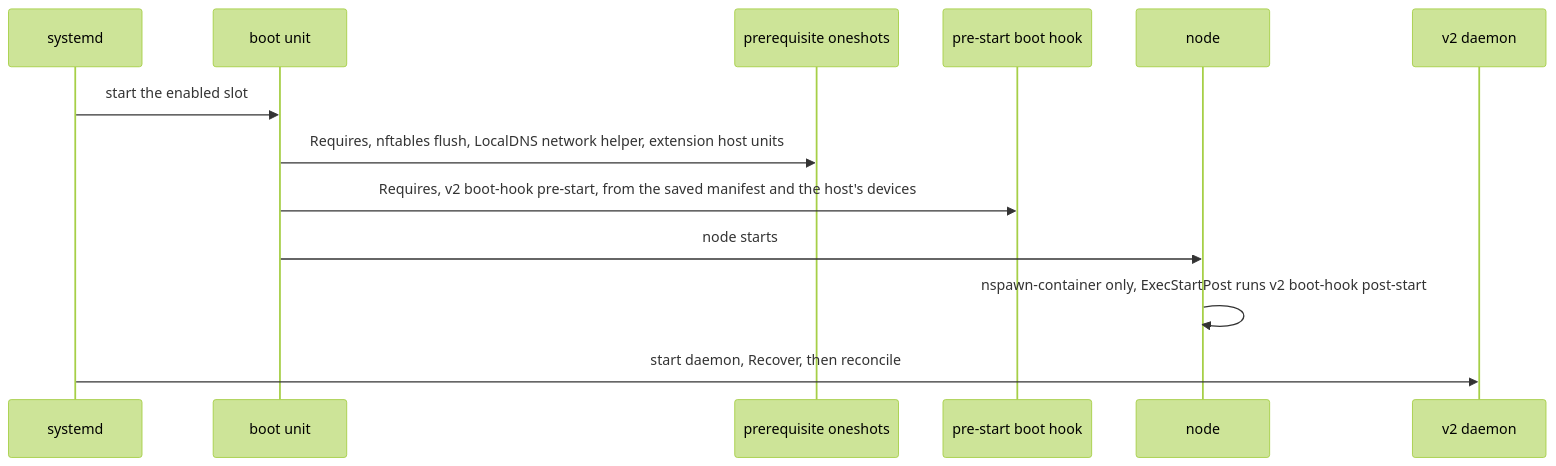
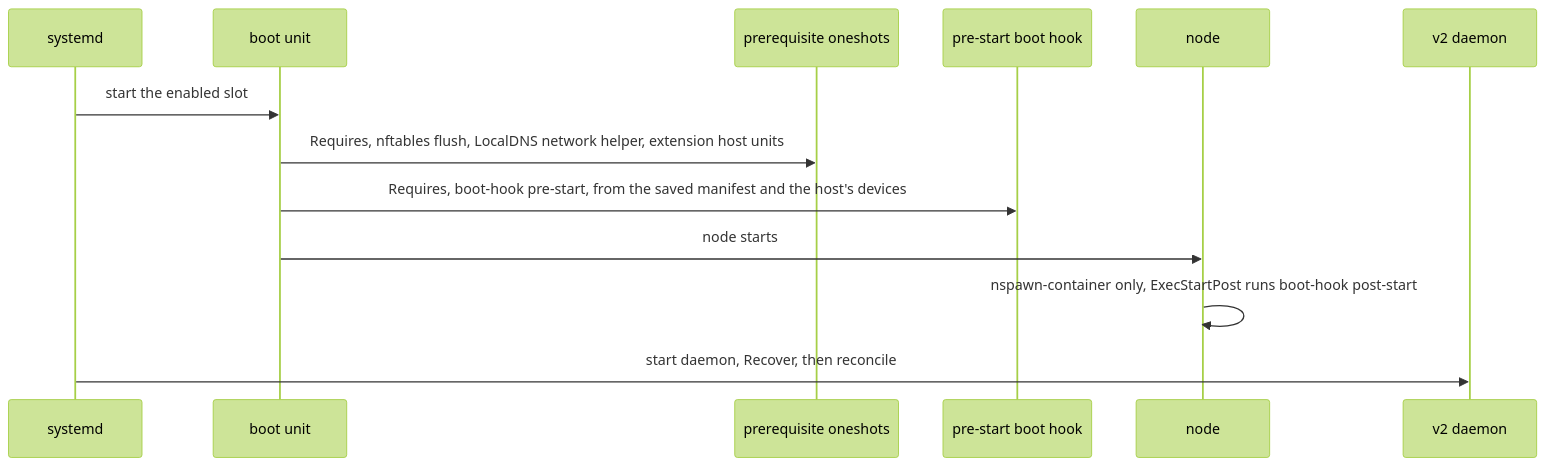
One commit to Azure/unbounded changed the second of 3 diagrams in designs/agent-v2/03-node-runtime.md. Above: the diagram before and after it, drawn with Mermaid (forest theme). The commit also changed 11 other files, not shown here.

````diff
--- a/designs/agent-v2/03-node-runtime.md
+++ b/designs/agent-v2/03-node-runtime.md
@@ -316,15 +316,15 @@
 ```mermaid
 sequenceDiagram
   participant SD as systemd
   participant U as boot unit
   participant P as prerequisite oneshots
   participant H as pre-start boot hook
   participant N as node
   participant D as v2 daemon
   SD->>U: start the enabled slot
   U->>P: Requires, nftables flush, LocalDNS network helper, extension host units
-  U->>H: Requires, v2 boot-hook pre-start, from the saved manifest and the host's devices
+  U->>H: Requires, boot-hook pre-start, from the saved manifest and the host's devices
   U->>N: node starts
-  N->>N: nspawn-container only, ExecStartPost runs v2 boot-hook post-start
+  N->>N: nspawn-container only, ExecStartPost runs boot-hook post-start
   SD->>D: start daemon, Recover, then reconcile
 ```
````
